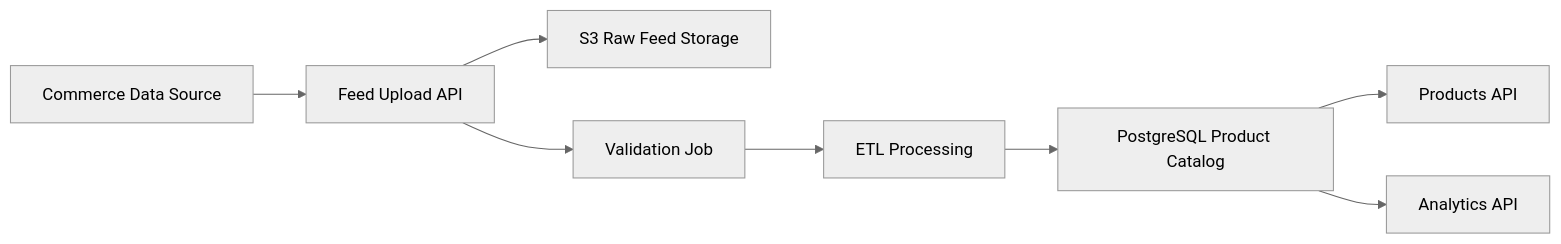
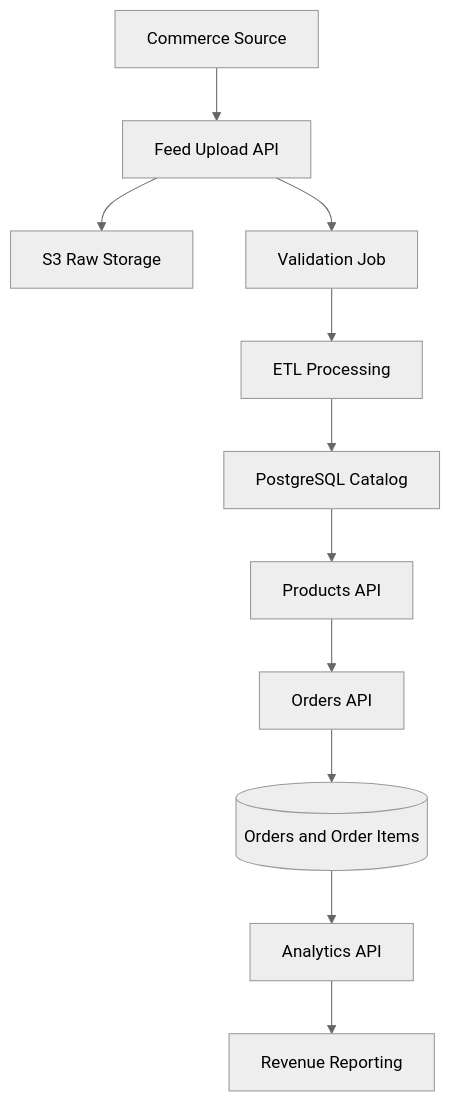
Before and after one commit to rayajose/writing-portfolio: the second of 2 diagrams in docs/api/integration-guide.md, drawn with Mermaid (neutral theme). The commit also changed 5 other files, not shown here.

````diff
--- a/docs/api/integration-guide.md
+++ b/docs/api/integration-guide.md
@@ -51,10 +51,21 @@
 ```mermaid
-flowchart LR
-    A[Commerce Data Source] --> B[Feed Upload API]
-    B --> C[S3 Raw Feed Storage]
+flowchart TD
+    A[Commerce Source] --> B[Feed Upload API]
+
+    B --> C[S3 Raw Storage]
     B --> D[Validation Job]
+
     D --> E[ETL Processing]
-    E --> F[PostgreSQL Product Catalog]
+
+    E --> F[PostgreSQL Catalog]
+
     F --> G[Products API]
-    F --> H[Analytics API]
+
+    G --> H[Orders API]
+
+    H --> I[(Orders and Order Items)]
+
+    I --> J[Analytics API]
+
+    J --> K[Revenue Reporting]
 ```
````
